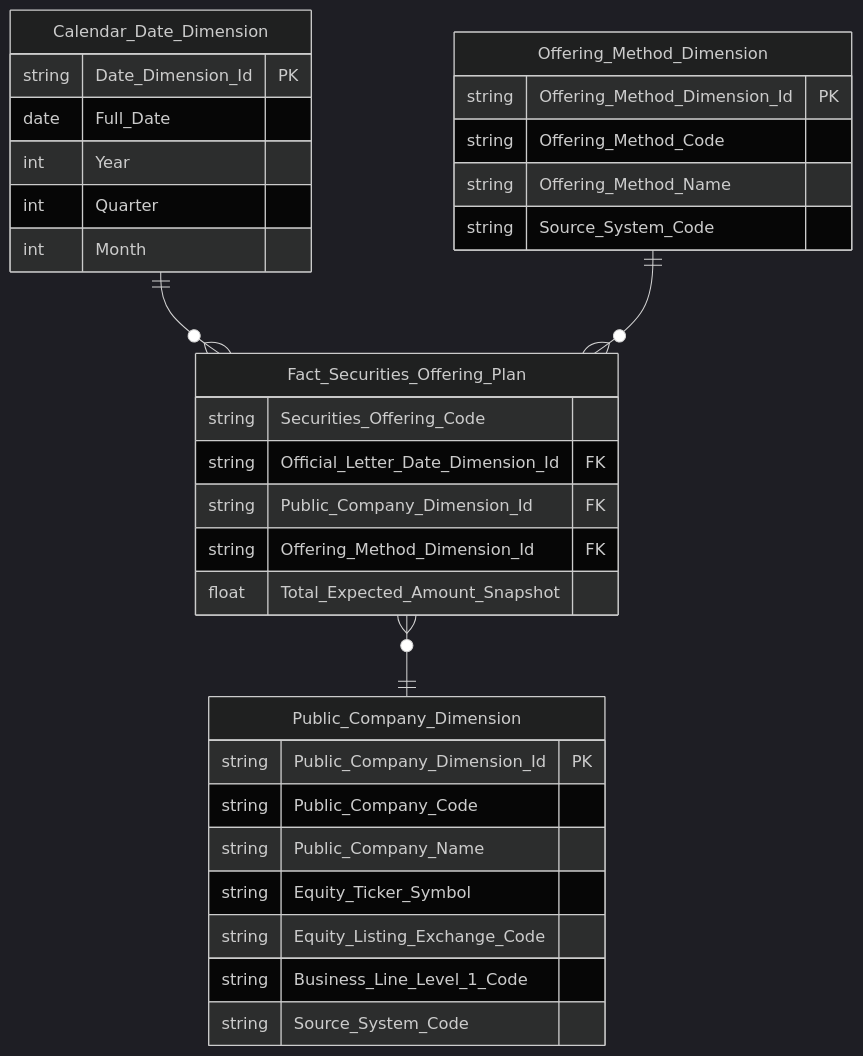
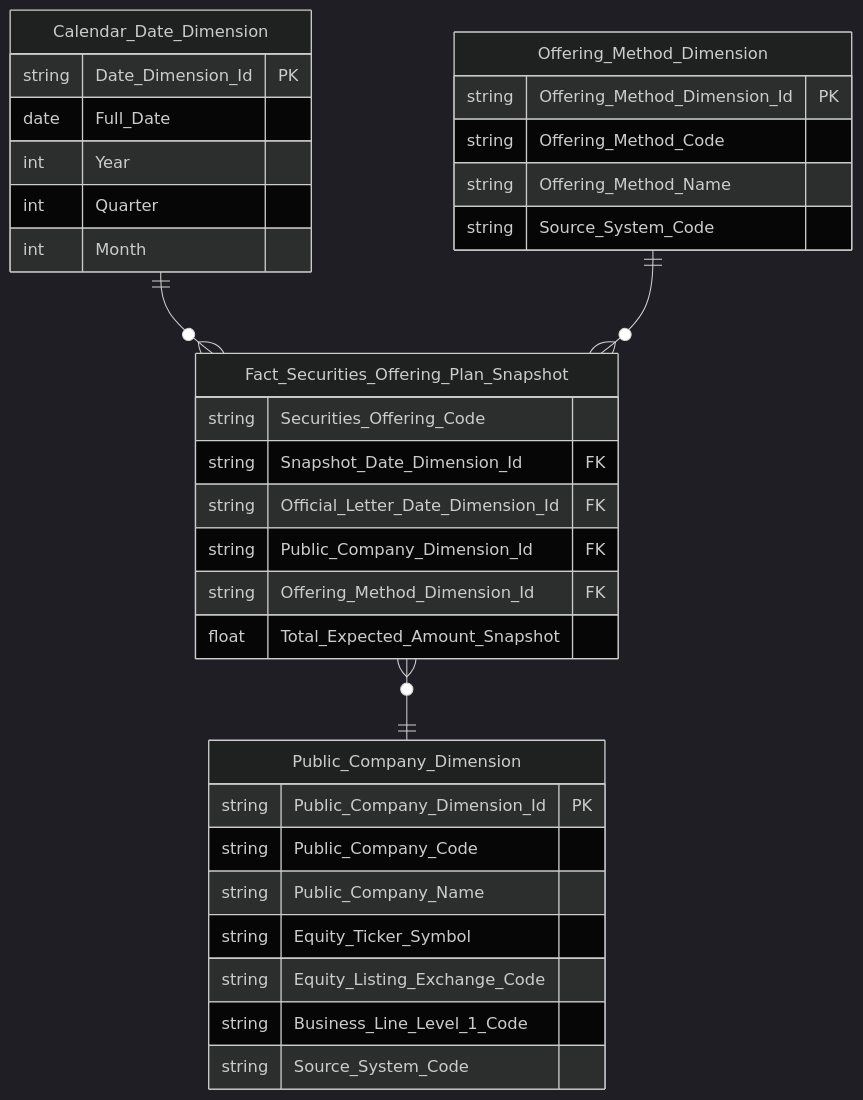
One commit to linhlvit/ubck_atomic_design changed the eighth of 22 diagrams in Datamart/hld/DTM_QLCB_HLD.md. Above: the diagram before and after it, drawn with Mermaid (dark theme). The commit also changed other lines of this file and 70 other files, not shown here.

````diff
--- a/Datamart/hld/DTM_QLCB_HLD.md
+++ b/Datamart/hld/DTM_QLCB_HLD.md
@@ -397,36 +398,37 @@
 ```mermaid
 erDiagram
     Calendar_Date_Dimension {
         string Date_Dimension_Id PK
         date Full_Date
         int Year
         int Quarter
         int Month
     }
     Offering_Method_Dimension {
         string Offering_Method_Dimension_Id PK
         string Offering_Method_Code
         string Offering_Method_Name
         string Source_System_Code
     }
     Public_Company_Dimension {
         string Public_Company_Dimension_Id PK
         string Public_Company_Code
         string Public_Company_Name
         string Equity_Ticker_Symbol
         string Equity_Listing_Exchange_Code
         string Business_Line_Level_1_Code
         string Source_System_Code
     }
-    Fact_Securities_Offering_Plan {
+    Fact_Securities_Offering_Plan_Snapshot {
         string Securities_Offering_Code
+        string Snapshot_Date_Dimension_Id FK
         string Official_Letter_Date_Dimension_Id FK
         string Public_Company_Dimension_Id FK
         string Offering_Method_Dimension_Id FK
         float Total_Expected_Amount_Snapshot
     }
 
-    Calendar_Date_Dimension ||--o{ Fact_Securities_Offering_Plan : " "
-    Offering_Method_Dimension ||--o{ Fact_Securities_Offering_Plan : " "
-    Fact_Securities_Offering_Plan }o--|| Public_Company_Dimension : " "
+    Calendar_Date_Dimension ||--o{ Fact_Securities_Offering_Plan_Snapshot : " "
+    Offering_Method_Dimension ||--o{ Fact_Securities_Offering_Plan_Snapshot : " "
+    Fact_Securities_Offering_Plan_Snapshot }o--|| Public_Company_Dimension : " "
 ```
````
